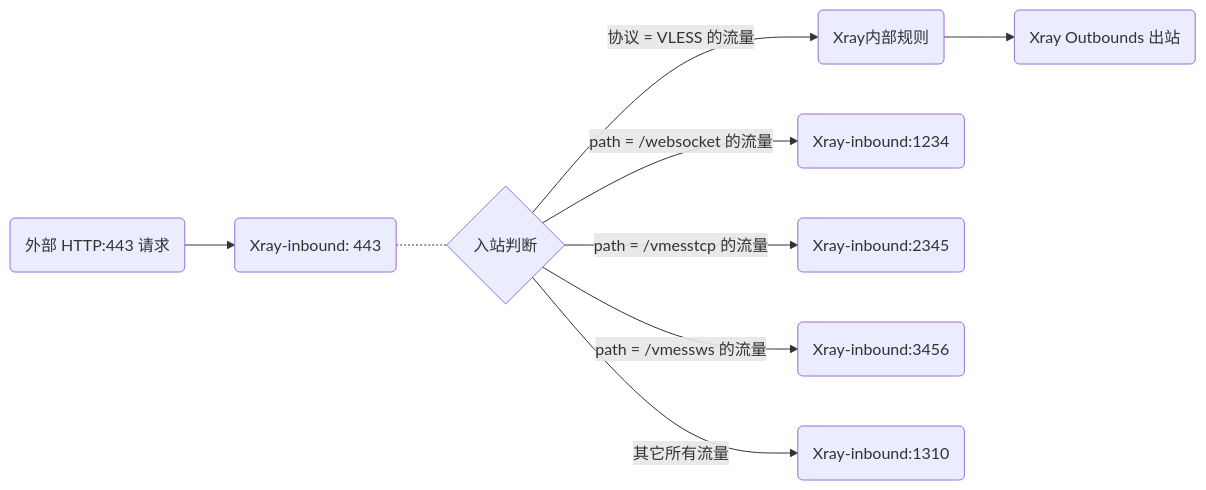
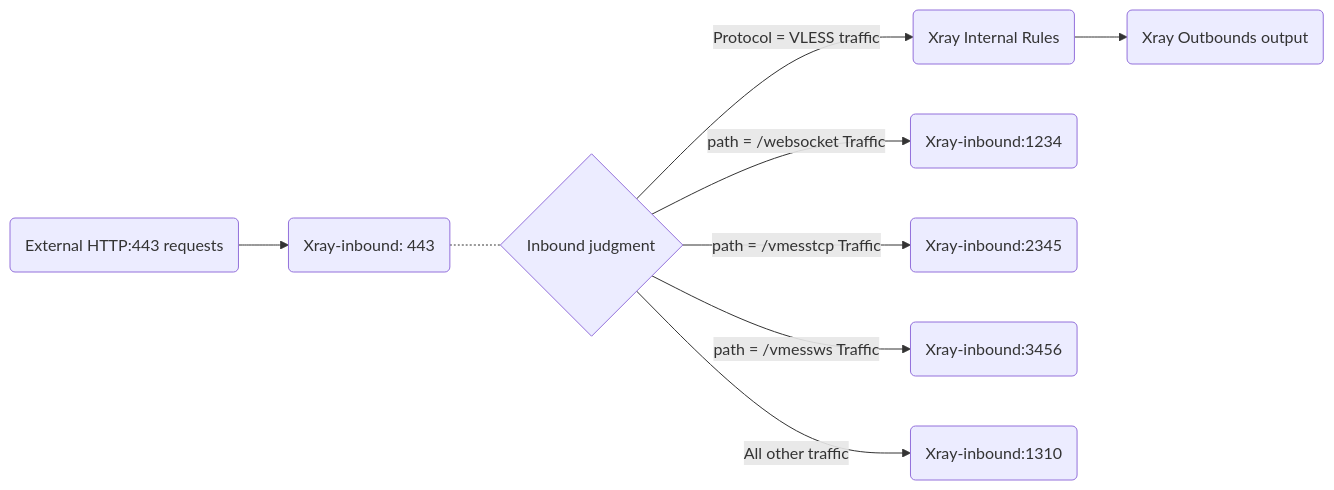
One commit to XTLS/Xray-docs-next changed the second of 3 diagrams in docs/en/document/level-1/fallbacks-lv1.md. Above: the diagram before and after it, drawn with Mermaid. The commit also changed other lines of this file, not shown here.

````diff
--- a/docs/en/document/level-1/fallbacks-lv1.md
+++ b/docs/en/document/level-1/fallbacks-lv1.md
@@ -211,13 +212,13 @@
    ```mermaid
    graph LR;
 
-   W443(外部 HTTP:443 请求) --> X443(Xray-inbound: 443) .- X1{入站判断}
-   X1 --> |协议 = VLESS 的流量| X2(Xray内部规则)
-   X2 --> O(Xray Outbounds 出站)
+   W443(External HTTP:443 requests) --> X443(Xray-inbound: 443) .- X1{Inbound judgment}
+   X1 --> |Protocol = VLESS traffic| X2(Xray Internal Rules)
+   X2 --> O(Xray Outbounds output)
 
-   X1 --> |path = /websocket 的流量| X1234(Xray-inbound:1234)
-   X1 --> |path = /vmesstcp 的流量| X2345(Xray-inbound:2345)
-   X1 --> |path = /vmessws 的流量| X3456(Xray-inbound:3456)
-   X1 --> |其它所有流量| X1310(Xray-inbound:1310)
+   X1 --> |path = /websocket Traffic| X1234(Xray-inbound:1234)
+   X1 --> |path = /vmesstcp Traffic| X2345(Xray-inbound:2345)
+   X1 --> |path = /vmessws Traffic| X3456(Xray-inbound:3456)
+   X1 --> |All other traffic| X1310(Xray-inbound:1310)
 
    ```
````
